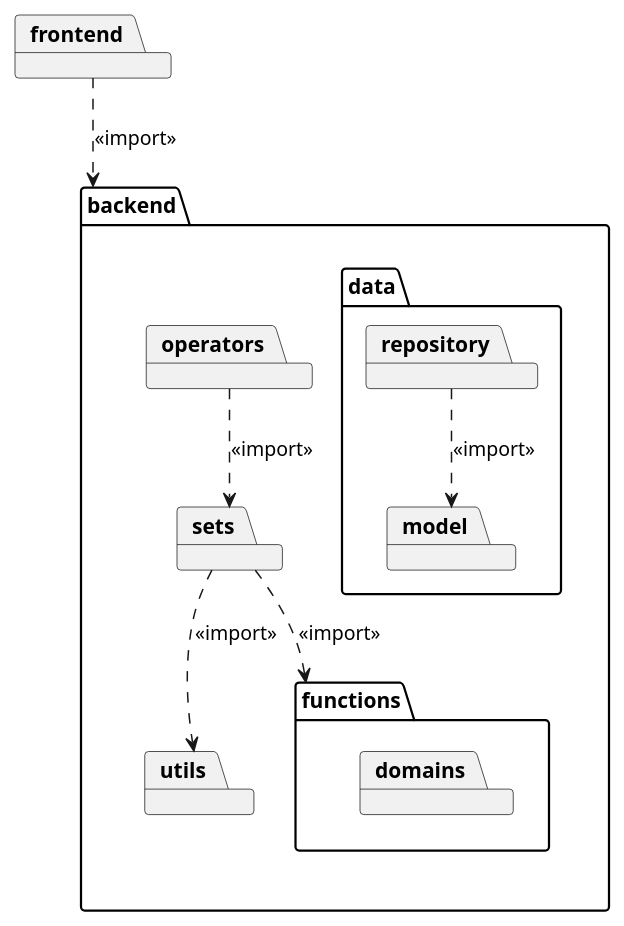
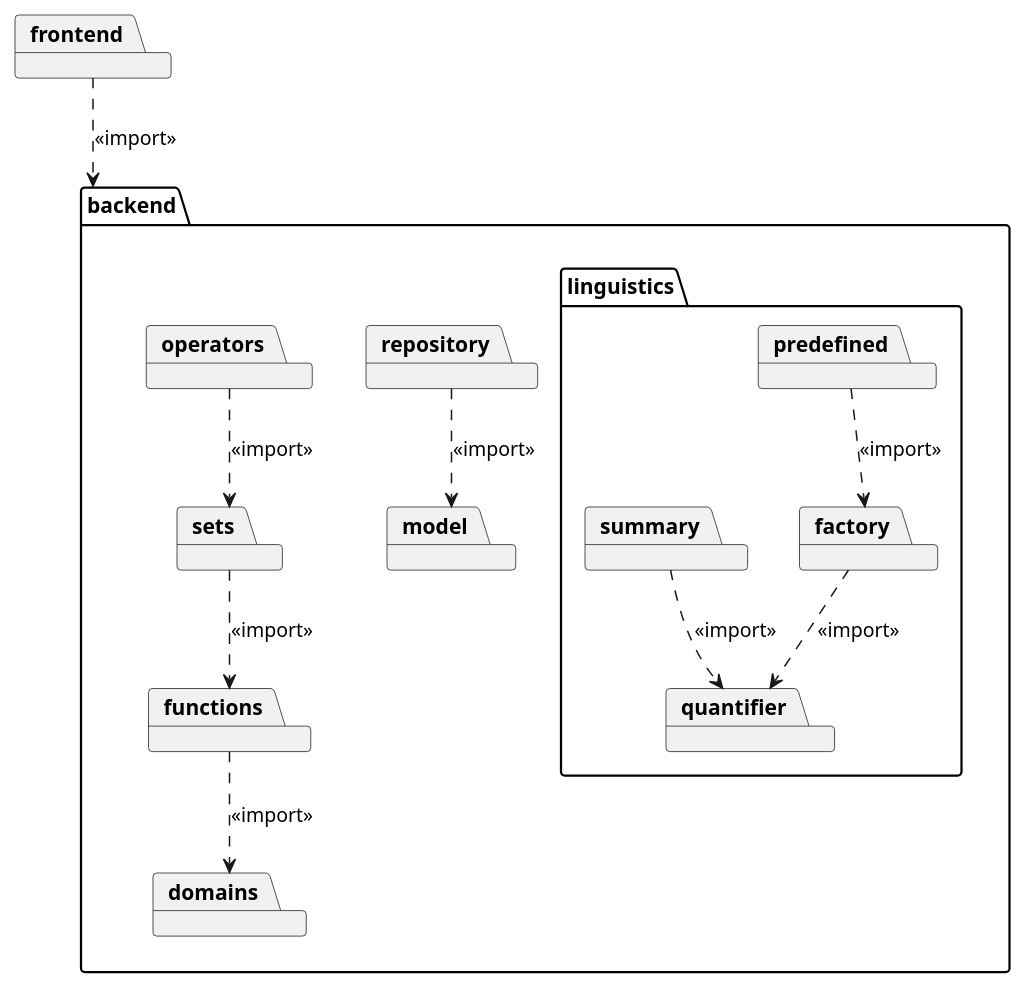
Before and after one commit to kambed/Computer-Recognition-Systems: the first of 8 diagrams in task2/README.md, drawn with PlantUML. The commit also changed other lines of this file, not shown here.

````diff
--- a/task2/README.md
+++ b/task2/README.md
@@ -13,23 +13,27 @@
 ```plantuml
 package backend {
-    package functions {
-        package domains
-    }
-    package data {
-        package model
-        package repository
-        
-        repository ..> model: <<import>>
-    }
+    package functions
+    package domains
+    package model
+    package repository
     package sets
     package operators
-    package utils
+    package linguistics {
+        package factory
+        package predefined
+        package quantifier
+        package summary
+        predefined ..> factory: <<import>>
+        factory ..> quantifier: <<import>>
+        summary ..> quantifier: <<import>>
+    }
     
+    functions ..> domains: <<import>> 
+    repository ..> model: <<import>>
     operators ..> sets: <<import>>
     sets ..> functions: <<import>>
-    sets ..> utils: <<import>>
 }
 package frontend {
 }
 frontend ..> backend: <<import>>
 ```
````
